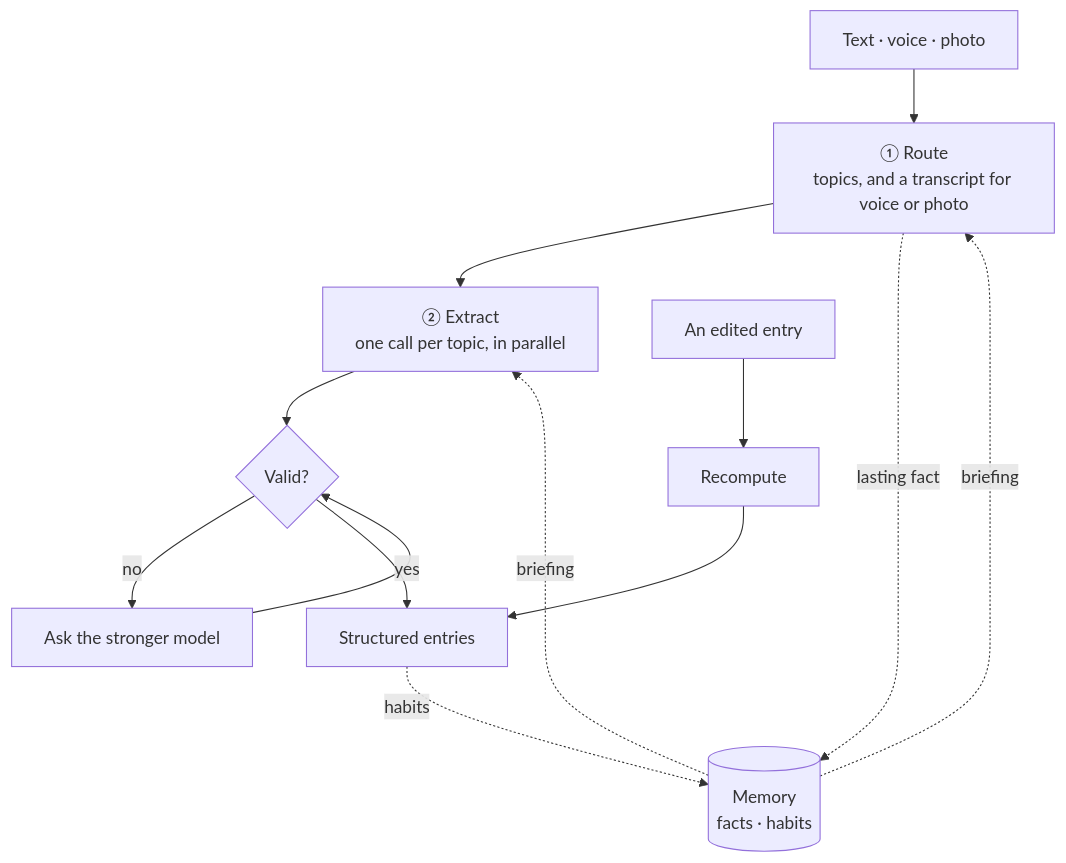
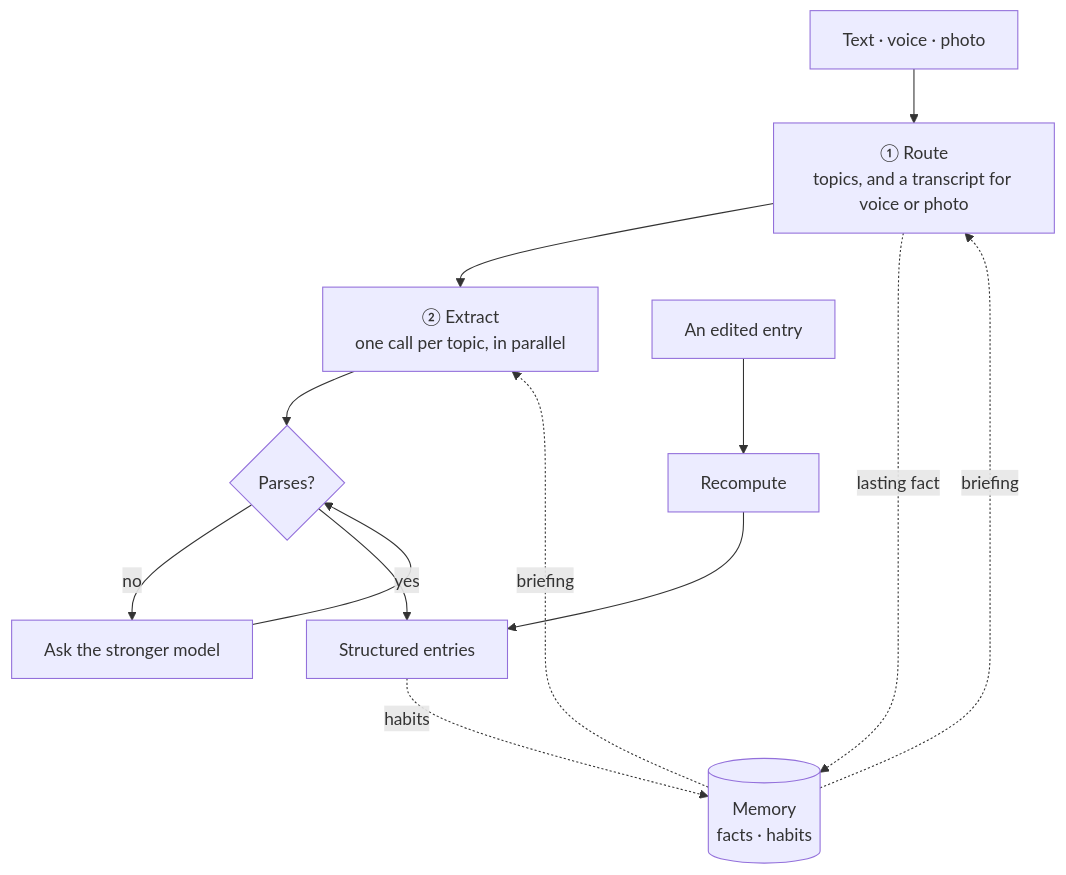
Before and after one commit to brmel/farkad-ai: the diagram in README.md, drawn with Mermaid. The commit also changed other lines of this file and 1 other file, not shown here.

First line of the commit message:
docs(readme): a runnable example, the flow in three steps and a map of the folders

````diff
--- a/README.md
+++ b/README.md
@@ -21,13 +54,13 @@
 ```mermaid
 flowchart TD
     input["Text · voice · photo"] --> route["① Route<br/>topics, and a transcript for voice or photo"]
     memory[("Memory<br/>facts · habits")] -. briefing .-> route
     route --> extract["② Extract<br/>one call per topic, in parallel"]
     memory -. briefing .-> extract
-    extract --> valid{"Valid?"}
-    valid -- no --> stronger["Ask the stronger model"] --> valid
-    valid -- yes --> entries["Structured entries"]
+    extract --> parsed{"Parses?"}
+    parsed -- no --> stronger["Ask the stronger model"] --> parsed
+    parsed -- yes --> entries["Structured entries"]
     edit["An edited entry"] --> recompute["Recompute"] --> entries
     route -. lasting fact .-> memory
     entries -. habits .-> memory
 ```
````
